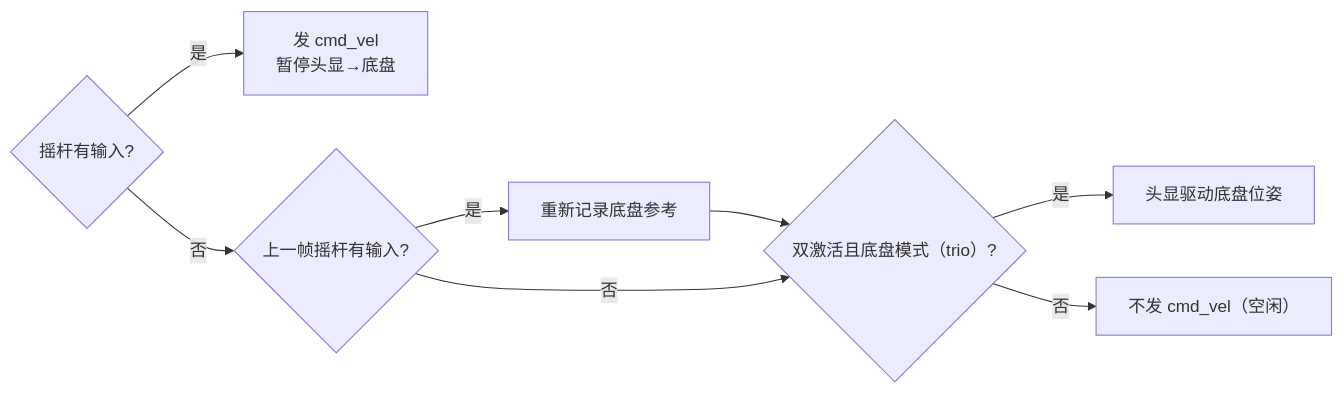
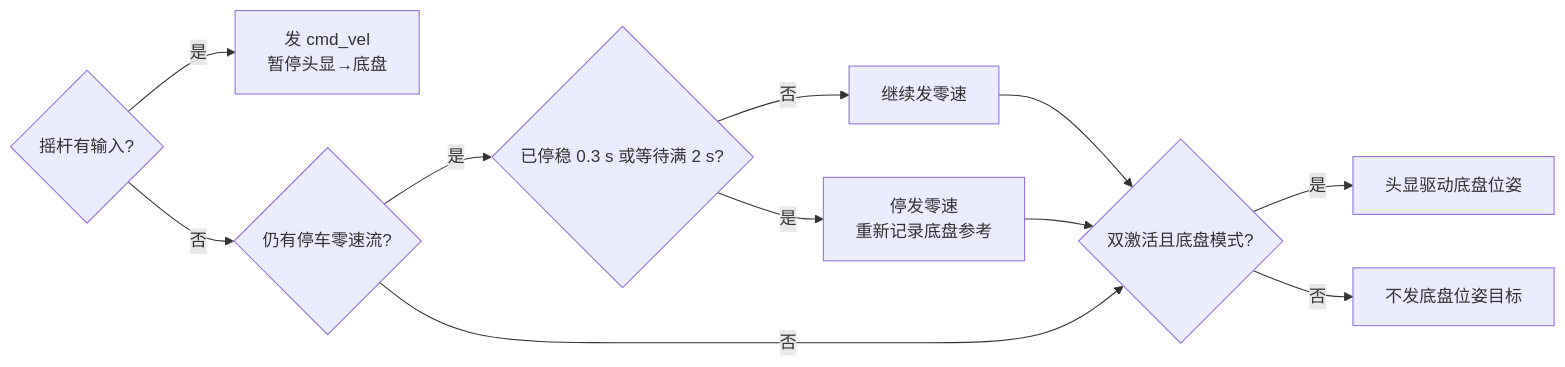
The fourth of 6 diagrams in lookie_teleop/docs/vr_teleop_dev_design.zh-CN.md (AgilexOpensource/lookie_ros), drawn with Mermaid before and after one commit. The commit also changed other lines of this file and 23 other files, not shown here.

````diff
--- a/lookie_teleop/docs/vr_teleop_dev_design.zh-CN.md
+++ b/lookie_teleop/docs/vr_teleop_dev_design.zh-CN.md
@@ -218,9 +219,11 @@
 ```mermaid
 flowchart LR
     S{摇杆有输入?} -- 是 --> J["发 cmd_vel<br/>暂停头显→底盘"]
-    S -- 否 --> W{上一帧摇杆有输入?}
-    W -- 是 --> R["重新记录底盘参考"] --> H
-    W -- 否 --> H{"双激活且底盘模式（trio）?"}
+    S -- 否 --> W{仍有停车零速流?}
+    W -- 是 --> Q{"已停稳 0.3 s 或等待满 2 s?"}
+    Q -- 否 --> V["继续发零速"] --> H
+    Q -- 是 --> R["停发零速<br/>重新记录底盘参考"] --> H
+    W -- 否 --> H{"双激活且底盘模式?"}
     H -- 是 --> P["头显驱动底盘位姿"]
-    H -- 否 --> Z["不发 cmd_vel（空闲）"]
+    H -- 否 --> Z["不发底盘位姿目标"]
 ```
````
